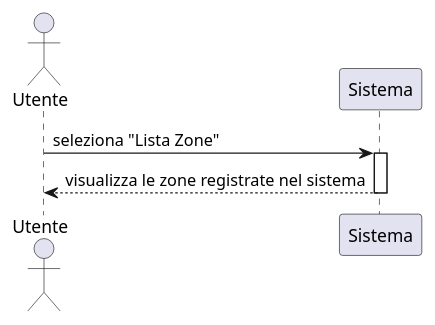
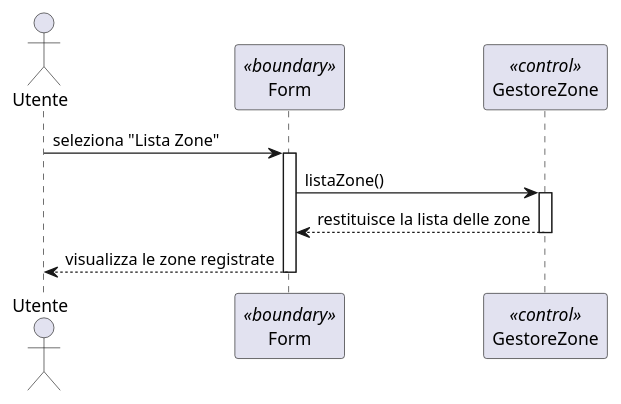
One commit to Mastronardidavide/Progetto_ing_del_software changed the diagram in documenti vari/diagrammi di sequenza/Zona/ListaZona.puml. Above: the diagram before and after it, drawn with PlantUML. The commit also changed 55 other files, not shown here.

Commit message:
Correzione diagrammi di sequenza

```diff
--- a/documenti vari/diagrammi di sequenza/Zona/ListaZona.puml
+++ b/documenti vari/diagrammi di sequenza/Zona/ListaZona.puml
@@ -1,10 +1,17 @@
 @startuml
 actor Utente
-participant Sistema
+participant Form <<boundary>>
+participant GestoreZone <<control>>
 
-Utente -> Sistema : seleziona "Lista Zone"
-activate Sistema
+Utente -> Form : seleziona "Lista Zone"
+activate Form
 
-Sistema --> Utente : visualizza le zone registrate nel sistema
-deactivate Sistema
+Form -> GestoreZone : listaZone()
+activate GestoreZone
+
+GestoreZone --> Form : restituisce la lista delle zone
+deactivate GestoreZone
+
+Form --> Utente : visualizza le zone registrate
+deactivate Form
 @enduml
```
